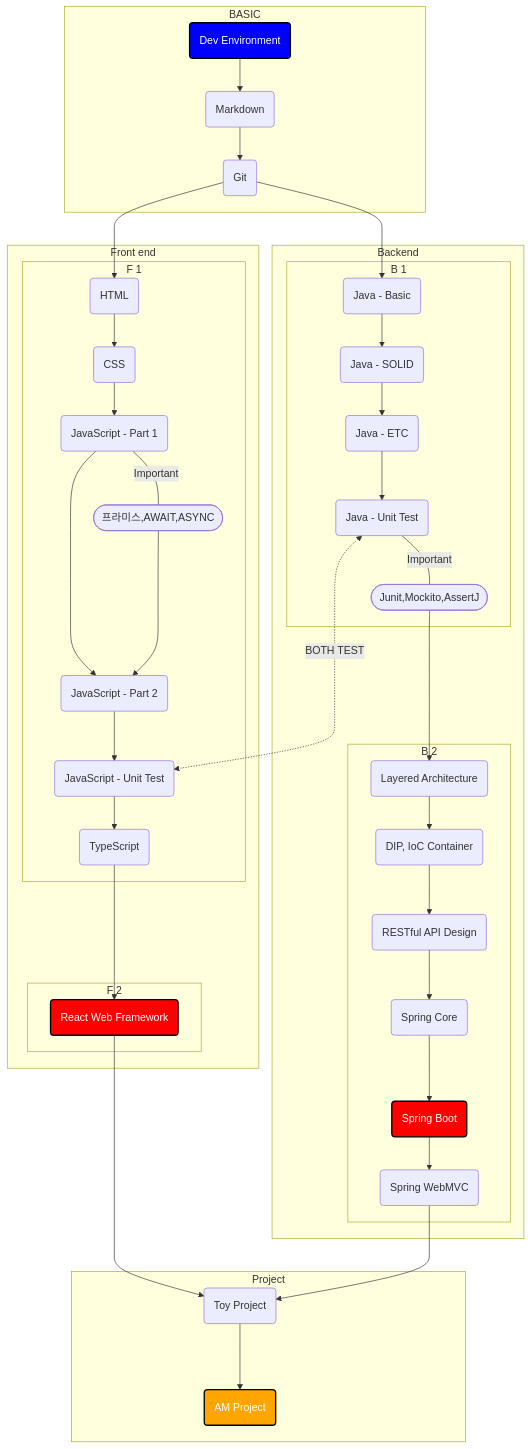
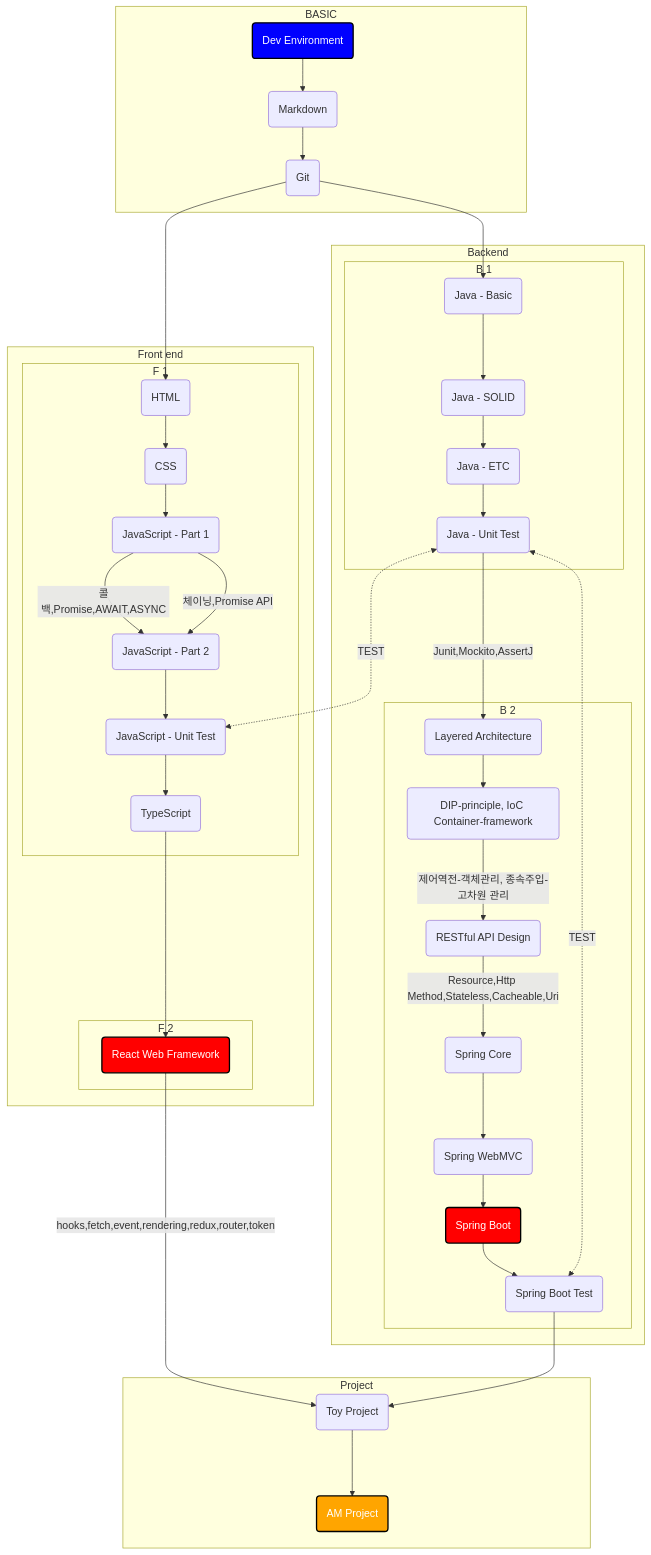
The first of 2 diagrams in README.md (HankJoo/HankJoo), drawn with Mermaid before and after one commit.

Commit message:
mermaid update

````diff
--- a/README.md
+++ b/README.md
@@ -9,79 +9,82 @@
 ```mermaid
 flowchart TB
-
 %% Colors %%
 classDef blue fill:blue,stroke:#000,stroke-width:2px,color:#fff
 classDef orange fill:orange,stroke:#000,stroke-width:2px,color:#fff
 classDef red fill:red,stroke:#000,stroke-width:2px,color:#fff
-      
     subgraph BASIC                          
         D(Dev Environment):::blue
         M(Markdown)
         G(Git)
         D-->M-->G                                             
     end
     
     G-->B1      
                     
     subgraph "Backend"
         subgraph "B 1"
             B1(Java - Basic)
             B2(Java - SOLID)
             B3(Java - ETC)        
             B4(Java - Unit Test)     
-            B401([Junit,Mockito,AssertJ])   
             B1-->B2-->B3-->B4
            
         end
       
-    B4---|Important|B401--->B5
+    B4--->|Junit,Mockito,AssertJ|B5
         
         subgraph "B 2" 
             B5(Layered Architecture)
-            B6(DIP, IoC Container)
+            B6(DIP-principle, IoC Container-framework)
             B7(RESTful API Design)
             B8(Spring Core)
-            B9(Spring Boot):::red 
-            B10(Spring WebMVC)
-            B5-->B6-->B7-->B8-->B9-->B10
+            B9(Spring WebMVC)
+            B10(Spring Boot):::red
+            B11(Spring Boot Test) 
+            
+            B5-->B6-->|제어역전-객체관리, 종속주입-고차원 관리|B7
+            B7-->|Resource,Http Method,Stateless,Cacheable,Uri|B8-->B9-->B10-->B11
         end        
     end
     
     G-->F1
     
     subgraph "Front end"
         subgraph "F 1"
             F1(HTML)
             F2(CSS)
-            F3(JavaScript - Part 1)
-            F301([프라미스,AWAIT,ASYNC])
+            F3(JavaScript - Part 1)            
             F4(JavaScript - Part 2)
             F5(JavaScript - Unit Test)
-            F6(TypeScript)
-            F1-->F2-->F3-->F4-->F5-->F6            
-            F3---|Important|F301--->F4
+            F6(TypeScript)                        
+            F3-->|콜백,Promise,AWAIT,ASYNC|F4
+            F1-->F2-->F3-->|체이닝,Promise API|F4-->F5-->F6
         end
     
     F6 ---> F7   
         
         subgraph "F 2"
             F7(React Web Framework):::red                
         end       
     end
     
-    F7 --> P1
-    B10 --> P1
+    F7 -->|hooks,fetch,event,rendering,redux,router,token|P1
+    B11 --> P1
     P1 ---> P2
     
-    B4<-..->|BOTH TEST|F5
+    
+    B4<-..->|TEST|F5
+    B4<-..->|TEST|B11
+    
+    
     
     subgraph "Project"
             P1(Toy Project)
             P2(AM Project):::orange        
     end 
 
 
 
 
 
 ```
````
